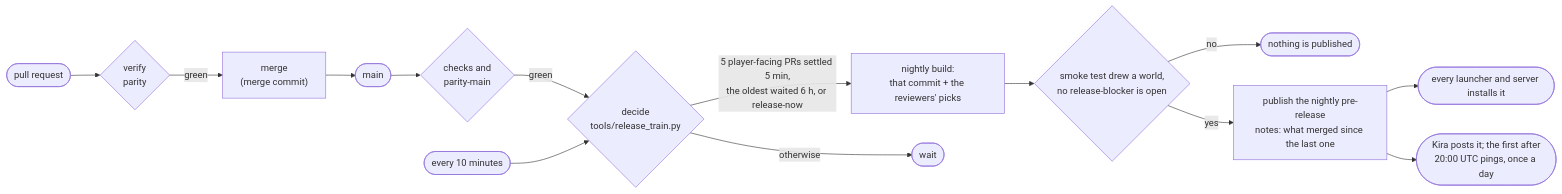
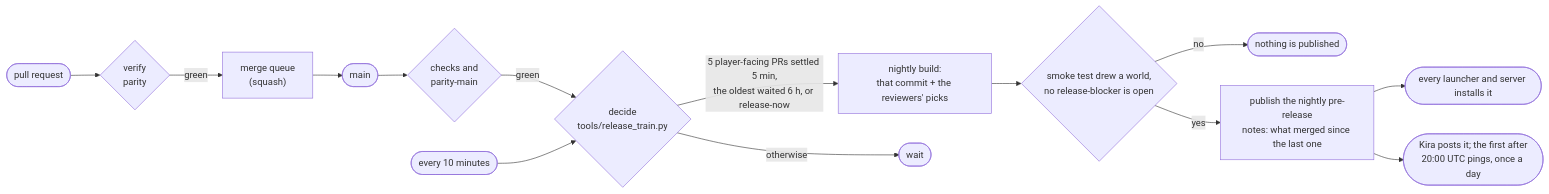
Before and after one commit to horizon-rust/horizon: the diagram in docs/release-flow.md, drawn with Mermaid. The commit also changed other lines of this file and 1 other file, not shown here.

First line of the commit message:
tooling: parity-main finds the pull request in squash-merge titles too

````diff
--- a/docs/release-flow.md
+++ b/docs/release-flow.md
@@ -203,16 +204,16 @@
 ```mermaid
 flowchart LR
     pr(["pull request"]) --> checks{"verify<br/>parity"}
-    checks -- green --> merge["merge<br/>(merge commit)"]
+    checks -- green --> merge["merge queue<br/>(squash)"]
     merge --> main(["main"])
     main --> mainchecks{"checks and<br/>parity-main"}
     mainchecks -- green --> decide{"decide<br/>tools/release_train.py"}
     cron(["every 10 minutes"]) --> decide
     decide -- "5 player-facing PRs settled 5 min,<br/>the oldest waited 6 h, or release-now" --> nightly["nightly build:<br/>that commit + the reviewers' picks"]
     decide -- otherwise --> wait(["wait"])
     nightly --> gate{"smoke test drew a world,<br/>no release-blocker is open"}
     gate -- no --> nothing(["nothing is published"])
     gate -- yes --> publish["publish the nightly pre-release<br/>notes: what merged since the last one"]
     publish --> launcher(["every launcher and server installs it"])
     publish --> kira(["Kira posts it; the first after<br/>20:00 UTC pings, once a day"])
 ```
````
